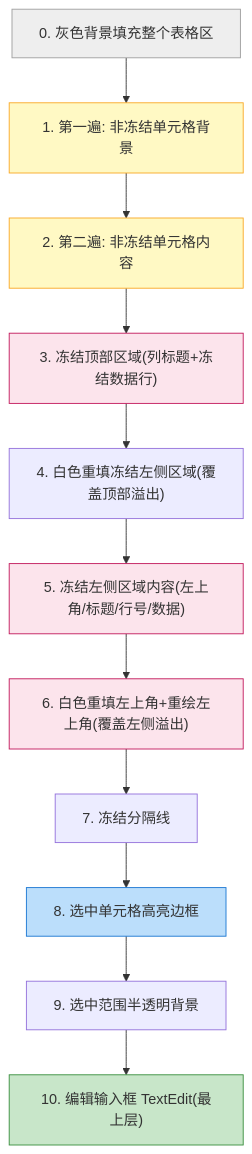
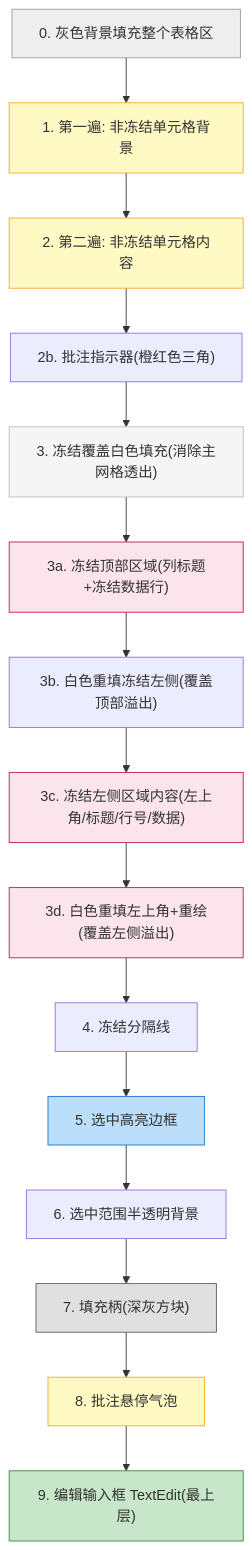
One commit to dunpju/umya-spreadsheet-excel changed the second of 3 diagrams in docs/gui/widgets/table.md. Above: the diagram before and after it, drawn with Mermaid. The commit also changed other lines of this file, not shown here.

````diff
--- a/docs/gui/widgets/table.md
+++ b/docs/gui/widgets/table.md
@@ -247,22 +249,29 @@
 ```mermaid
 flowchart TD
     L0["0. 灰色背景填充整个表格区"] --> L1["1. 第一遍: 非冻结单元格背景"]
     L1 --> L2["2. 第二遍: 非冻结单元格内容"]
-    L2 --> L3["3. 冻结顶部区域(列标题+冻结数据行)"]
-    L3 --> L4["4. 白色重填冻结左侧区域(覆盖顶部溢出)"]
-    L4 --> L5["5. 冻结左侧区域内容(左上角/标题/行号/数据)"]
-    L5 --> L6["6. 白色重填左上角+重绘左上角(覆盖左侧溢出)"]
-    L6 --> L7["7. 冻结分隔线"]
-    L7 --> L8["8. 选中单元格高亮边框"]
-    L8 --> L9["9. 选中范围半透明背景"]
-    L9 --> L10["10. 编辑输入框 TextEdit(最上层)"]
+    L2 --> L2b["2b. 批注指示器(橙红色三角)"]
+    L2b --> L3["3. 冻结覆盖白色填充(消除主网格透出)"]
+    L3 --> L3a["3a. 冻结顶部区域(列标题+冻结数据行)"]
+    L3a --> L3b["3b. 白色重填冻结左侧(覆盖顶部溢出)"]
+    L3b --> L3c["3c. 冻结左侧区域内容(左上角/标题/行号/数据)"]
+    L3c --> L3d["3d. 白色重填左上角+重绘(覆盖左侧溢出)"]
+    L3d --> L4["4. 冻结分隔线"]
+    L4 --> L5["5. 选中高亮边框"]
+    L5 --> L6["6. 选中范围半透明背景"]
+    L6 --> L7["7. 填充柄(深灰方块)"]
+    L7 --> L8["8. 批注悬停气泡"]
+    L8 --> L9["9. 编辑输入框 TextEdit(最上层)"]
 
     style L0 fill:#eeeeee,stroke:#9e9e9e
     style L1 fill:#fff9c4,stroke:#f9a825
     style L2 fill:#fff9c4,stroke:#f9a825
-    style L3 fill:#fce4ec,stroke:#c2185b
-    style L5 fill:#fce4ec,stroke:#c2185b
-    style L6 fill:#fce4ec,stroke:#c2185b
-    style L8 fill:#bbdefb,stroke:#1976d2
-    style L10 fill:#c8e6c9,stroke:#388e3c
+    style L3 fill:#f5f5f5,stroke:#bdbdbd
+    style L3a fill:#fce4ec,stroke:#c2185b
+    style L3c fill:#fce4ec,stroke:#c2185b
+    style L3d fill:#fce4ec,stroke:#c2185b
+    style L5 fill:#bbdefb,stroke:#1976d2
+    style L7 fill:#e0e0e0,stroke:#616161
+    style L8 fill:#fff9c4,stroke:#f9a825
+    style L9 fill:#c8e6c9,stroke:#388e3c
 ```
````
